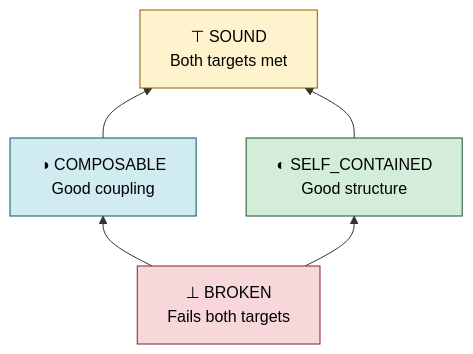
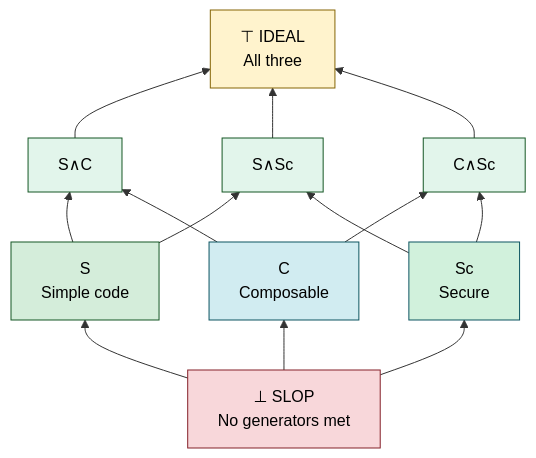
One commit to Krv-Labs/topos changed the diagram in docs/source/index.rst. Above: the diagram before and after it, drawn with Mermaid. The commit also changed other lines of this file and 13 other files, not shown here.

First line of the commit message:
docs: align documentation with 3-pillar architecture

```diff
--- a/docs/source/index.rst
+++ b/docs/source/index.rst
@@ -71,17 +74,33 @@
 .. mermaid::
 
    graph BT
-       BROKEN["⊥ BROKEN<br/>Fails both targets"]
-       COMPOSABLE["◑ COMPOSABLE<br/>Good coupling"]
-       SELF_CONTAINED["◐ SELF_CONTAINED<br/>Good structure"]
-       SOUND["⊤ SOUND<br/>Both targets met"]
+       SLOP["⊥ SLOP<br/>No generators met"]
+       SIMPLE["S<br/>Simple code"]
+       COMPOSABLE["C<br/>Composable"]
+       SECURE["Sc<br/>Secure"]
+       SC["S∧C"]
+       SSc["S∧Sc"]
+       CSc["C∧Sc"]
+       IDEAL["⊤ IDEAL<br/>All three"]
 
-       BROKEN --> COMPOSABLE
-       BROKEN --> SELF_CONTAINED
-       COMPOSABLE --> SOUND
-       SELF_CONTAINED --> SOUND
+       SLOP --> SIMPLE
+       SLOP --> COMPOSABLE
+       SLOP --> SECURE
+       SIMPLE --> SC
+       SIMPLE --> SSc
+       COMPOSABLE --> SC
+       COMPOSABLE --> CSc
+       SECURE --> SSc
+       SECURE --> CSc
+       SC --> IDEAL
+       SSc --> IDEAL
+       CSc --> IDEAL
 
-       style BROKEN         fill:#f8d7da,stroke:#842029,color:#000
-       style COMPOSABLE     fill:#d1ecf1,stroke:#0c5460,color:#000
-       style SELF_CONTAINED fill:#d4edda,stroke:#155724,color:#000
-       style SOUND          fill:#fff3cd,stroke:#856404,color:#000
+       style SLOP       fill:#f8d7da,stroke:#842029,color:#000
+       style SIMPLE     fill:#d4edda,stroke:#155724,color:#000
+       style COMPOSABLE fill:#d1ecf1,stroke:#0c5460,color:#000
+       style SECURE     fill:#d1f1dc,stroke:#0c5460,color:#000
+       style SC         fill:#e2f5eb,stroke:#155724,color:#000
+       style SSc        fill:#e2f5eb,stroke:#155724,color:#000
+       style CSc        fill:#e2f5eb,stroke:#155724,color:#000
+       style IDEAL      fill:#fff3cd,stroke:#856404,color:#000
```
